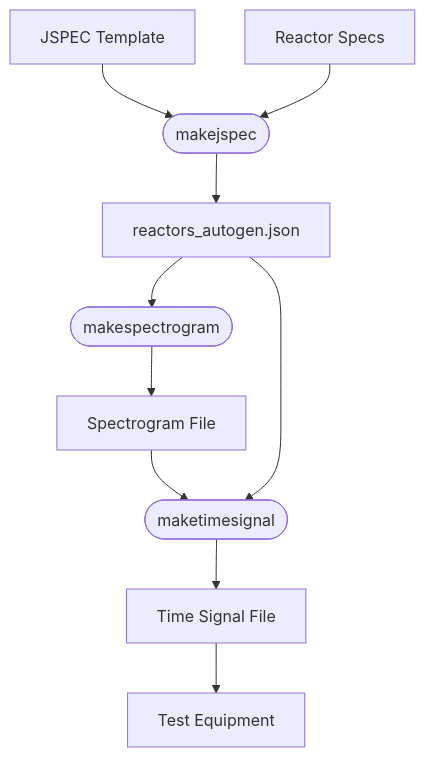
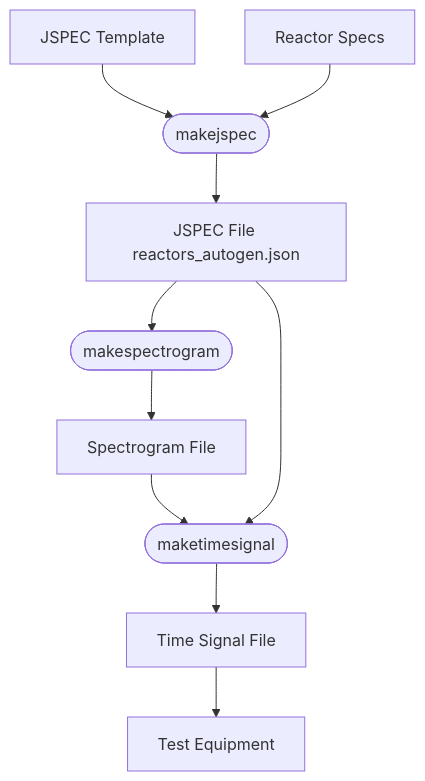
The diagram in README.md (rcandell/p3388_general_rfi_tv), drawn with Mermaid before and after one commit.

````diff
--- a/README.md
+++ b/README.md
@@ -22,12 +22,12 @@
 ```mermaid
 graph TD;
     JSTEMP[JSPEC Template] --> MKJSPEC([makejspec]);
     REACSPEC[Reactor Specs] --> MKJSPEC;
-    MKJSPEC --> JSPECFILE[reactors_autogen.json];
+    MKJSPEC --> JSPECFILE[JSPEC File reactors_autogen.json];
     JSPECFILE --> MKSPGM([makespectrogram]);
     MKSPGM --> SPGMFILE[Spectrogram File];
     SPGMFILE --> MKTS([maketimesignal]);
     JSPECFILE --> MKTS;
     MKTS --> TSFILE[Time Signal File];
     TSFILE --> TESTEQ[Test Equipment];
 ```
````
